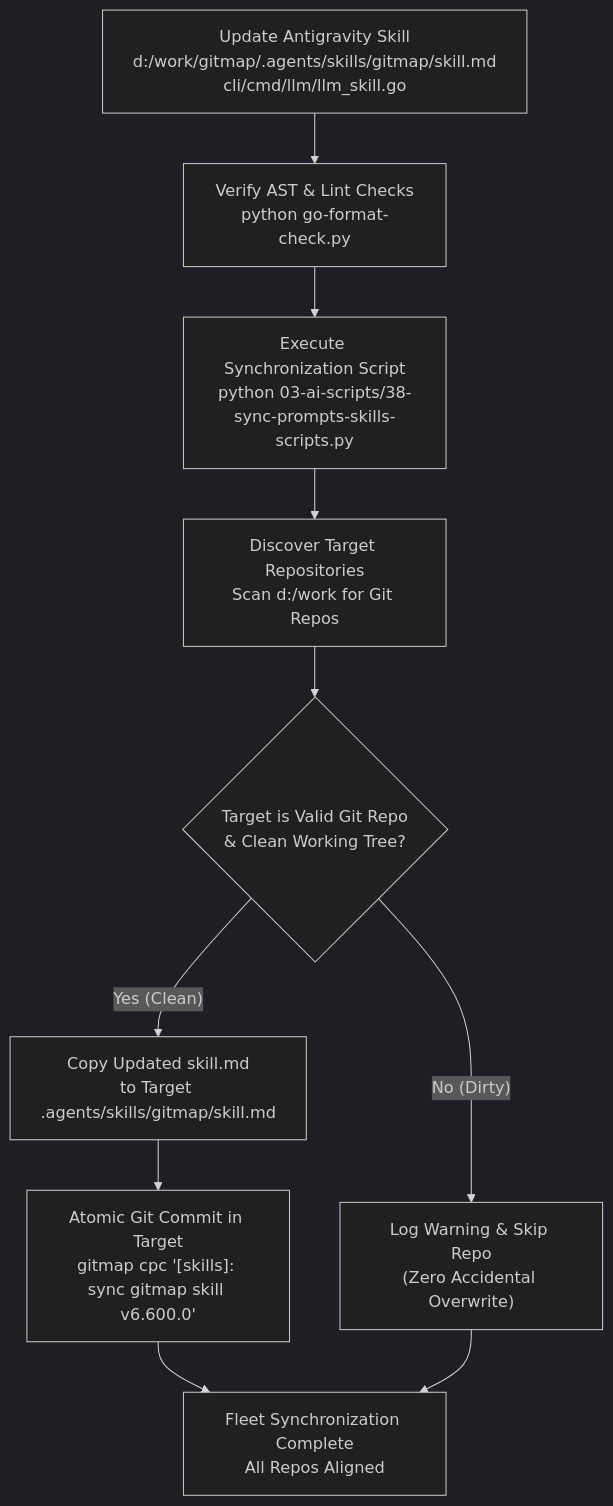
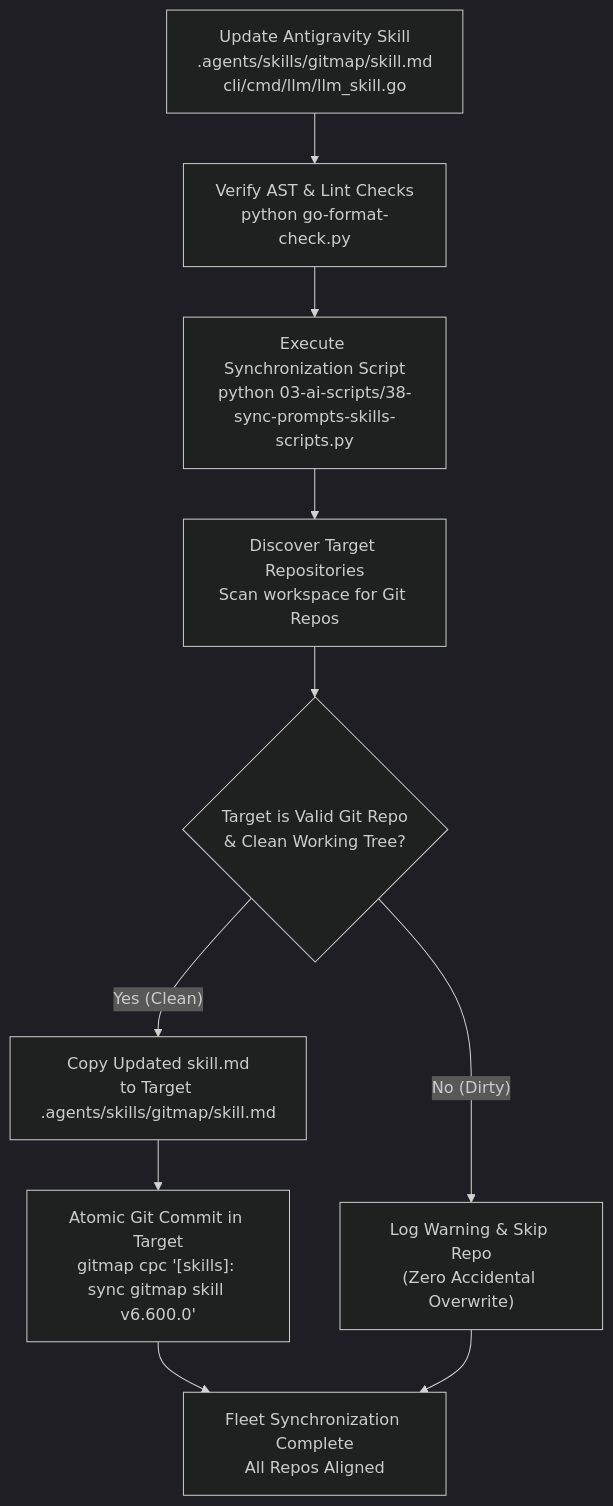
The third of 3 diagrams in 02-spec/21-app/317-system-for-folder-specific-work-directories-and-ssh-key-automation/03-cli-commands-and-commit-format-spec.md (alimtvnetwork/gitmap-v28), drawn with Mermaid (dark theme) before and after one commit. The commit also changed other lines of this file and 7 other files, not shown here.

````diff
--- a/02-spec/21-app/317-system-for-folder-specific-work-directories-and-ssh-key-automation/03-cli-commands-and-commit-format-spec.md
+++ b/02-spec/21-app/317-system-for-folder-specific-work-directories-and-ssh-key-automation/03-cli-commands-and-commit-format-spec.md
@@ -393,15 +393,15 @@
 ```mermaid
 flowchart TD
-    Update["Update Antigravity Skill<br>d:/work/gitmap/.agents/skills/gitmap/skill.md<br>cli/cmd/llm/llm_skill.go"] --> Verify["Verify AST & Lint Checks<br>python go-format-check.py"]
+    Update["Update Antigravity Skill<br>.agents/skills/gitmap/skill.md<br>cli/cmd/llm/llm_skill.go"] --> Verify["Verify AST & Lint Checks<br>python go-format-check.py"]
     Verify --> Script["Execute Synchronization Script<br>python 03-ai-scripts/38-sync-prompts-skills-scripts.py"]
 
-    Script --> TargetDiscovery["Discover Target Repositories<br>Scan d:/work for Git Repos"]
+    Script --> TargetDiscovery["Discover Target Repositories<br>Scan workspace for Git Repos"]
     TargetDiscovery --> Filter{"Target is Valid Git Repo<br>& Clean Working Tree?"}
 
     Filter -- "No (Dirty)" --> Skip["Log Warning & Skip Repo<br>(Zero Accidental Overwrite)"]
     Filter -- "Yes (Clean)" --> Sync["Copy Updated skill.md<br>to Target .agents/skills/gitmap/skill.md"]
 
     Sync --> Commit["Atomic Git Commit in Target<br>gitmap cpc '[skills]: sync gitmap skill v6.600.0'"]
     Commit --> Done["Fleet Synchronization Complete<br>All Repos Aligned"]
     Skip --> Done
 ```
````
